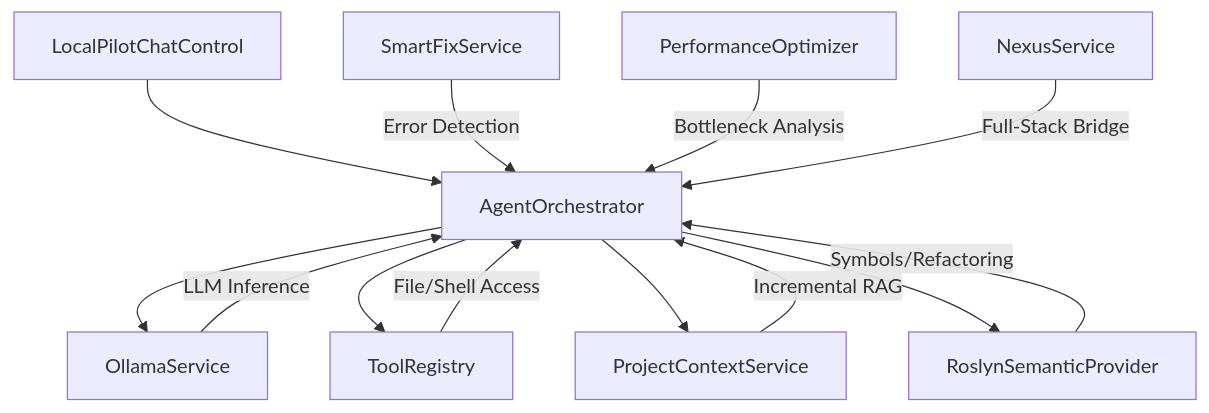
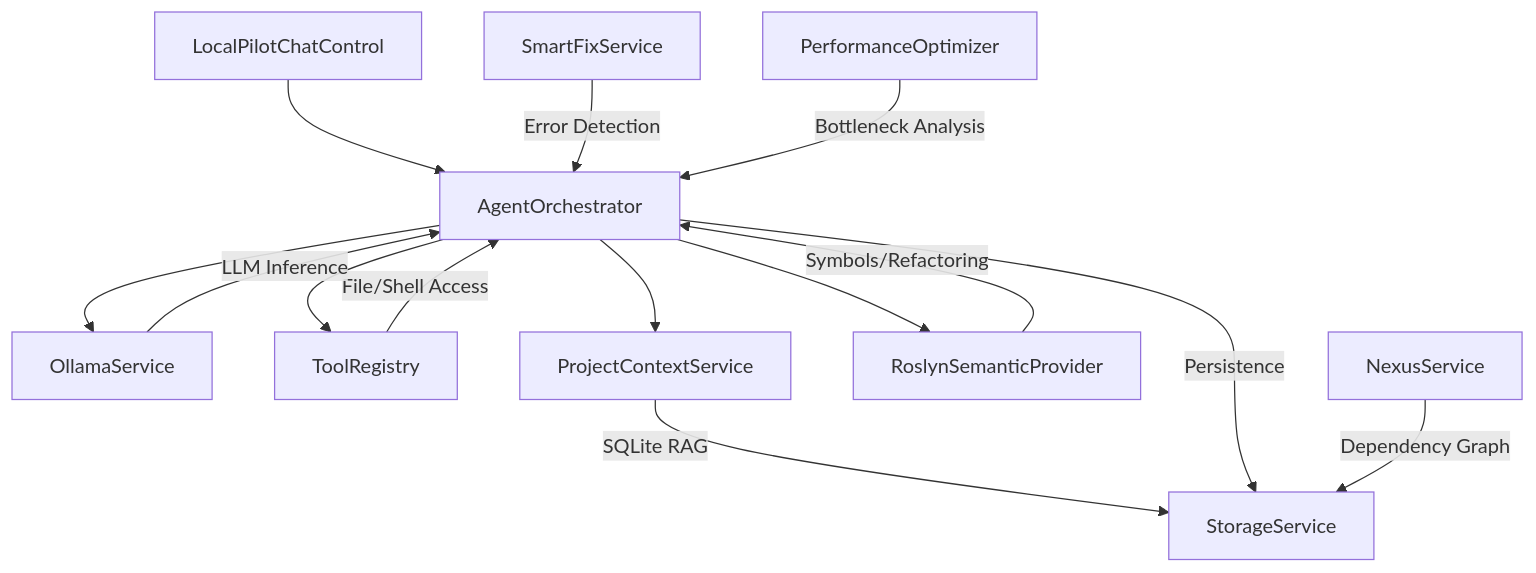
Before and after one commit to FutureStackSolution/LocalPilot: the diagram in knowledge_graph.md, drawn with Mermaid. The commit also changed other lines of this file and 15 other files, not shown here.

Commit message:
Iintroduce HistoryCompactor for KV-cache optimization and migrate to SQLite-based persistent storage engine and also done dynamic allocation of timeout and lots of other performace improvement

````diff
--- a/knowledge_graph.md
+++ b/knowledge_graph.md
@@ -9,18 +9,19 @@
 ```mermaid
 graph TD
     UI[LocalPilotChatControl] --> AM[AgentOrchestrator]
     AM --> OS[OllamaService]
     AM --> TR[ToolRegistry]
     AM --> PC[ProjectContextService]
     AM --> RS[RoslynSemanticProvider]
     
-    PC -- Incremental RAG --> AM
+    PC -- SQLite RAG --> SS[StorageService]
+    AM -- Persistence --> SS
+    NEXUS[NexusService] -- Dependency Graph --> SS
+    
     RS -- Symbols/Refactoring --> AM
     TR -- File/Shell Access --> AM
     OS -- LLM Inference --> AM
     
     SFIX[SmartFixService] -- Error Detection --> AM
     PERF[PerformanceOptimizer] -- Bottleneck Analysis --> AM
-    
-    NEXUS[NexusService] -- Full-Stack Bridge --> AM
 ```
````
